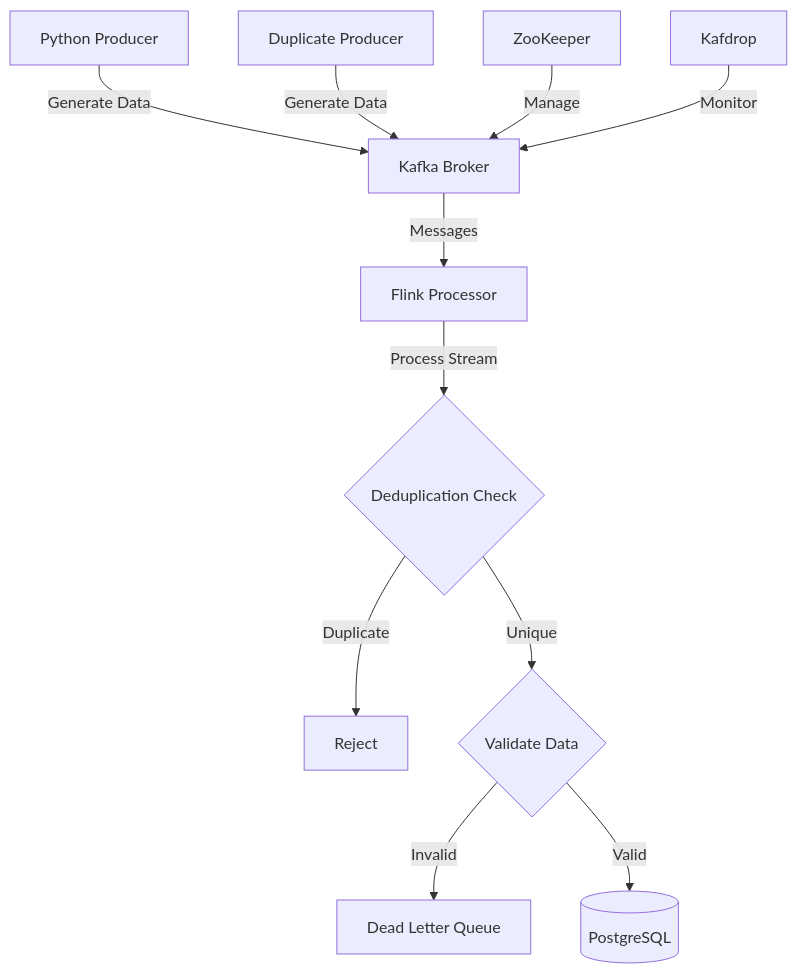
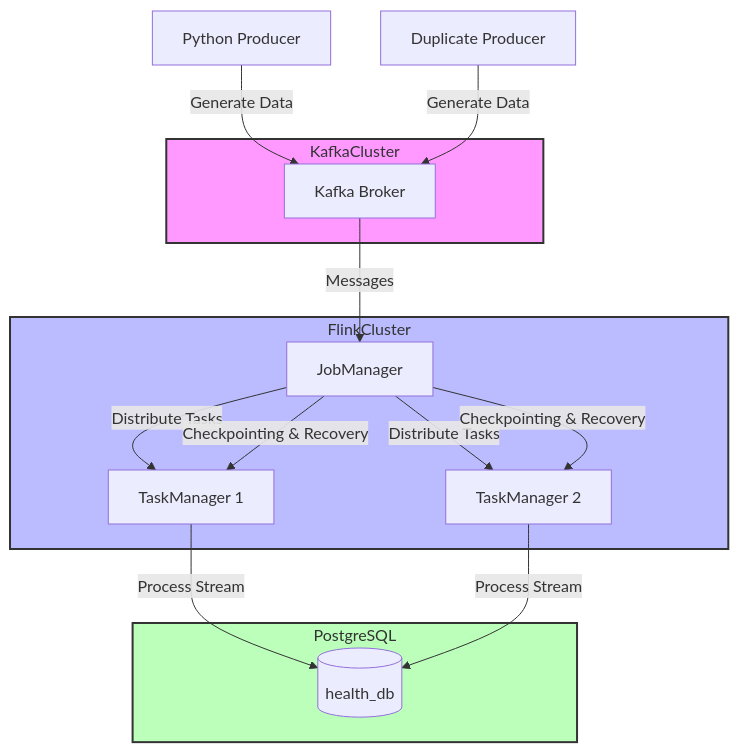
The diagram in README.md (NadineAnderle/data-stream), drawn with Mermaid before and after one commit. The commit also changed other lines of this file and 7 other files, not shown here.

````diff
--- a/README.md
+++ b/README.md
@@ -15,17 +15,35 @@
 ```mermaid
 flowchart TD
-    P1[Python Producer] -->|Generate Data| K[Kafka Broker]
+    subgraph KafkaCluster
+        K[Kafka Broker]
+    end
+
+    subgraph FlinkCluster
+        JM[JobManager]
+        TM1[TaskManager 1]
+        TM2[TaskManager 2]
+    end
+
+    subgraph PostgreSQL
+        DB[(health_db)]
+    end
+
+    P1[Python Producer] -->|Generate Data| K
     P2[Duplicate Producer] -->|Generate Data| K
-    
-    K -->|Messages| F[Flink Processor]
-    Z[ZooKeeper] -->|Manage| K
-    
-    F -->|Process Stream| D{Deduplication Check}
-    D -->|Duplicate| R[Reject]
-    D -->|Unique| V{Validate Data}
-    
-    V -->|Invalid| DLQ[Dead Letter Queue]
-    V -->|Valid| PG[(PostgreSQL)]
-    
-    KD[Kafdrop] -->|Monitor| K
+
+    K -->|Messages| JM
+
+    JM -->|Distribute Tasks| TM1
+    JM -->|Distribute Tasks| TM2
+
+    TM1 -->|Process Stream| DB
+    TM2 -->|Process Stream| DB
+
+    JM -->|Checkpointing & Recovery| TM1
+    JM -->|Checkpointing & Recovery| TM2
+
+    style KafkaCluster fill:#f9f,stroke:#333,stroke-width:2px
+    style FlinkCluster fill:#bbf,stroke:#333,stroke-width:2px
+    style PostgreSQL fill:#bfb,stroke:#333,stroke-width:2px
+
 ```
````
